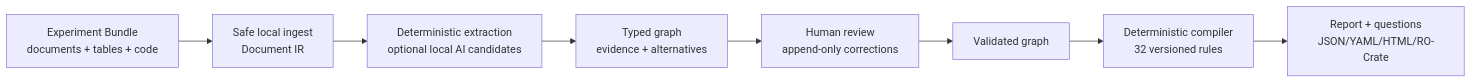
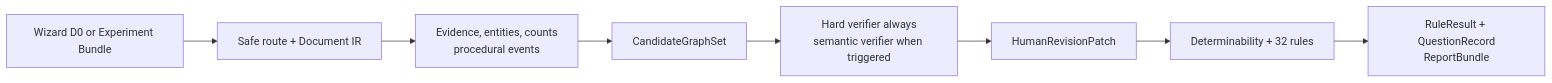
One commit to Massimilianociconte/N-truth changed the diagram in README.md. Above: the diagram before and after it, drawn with Mermaid. The commit also changed other lines of this file and 10 other files, not shown here.

````diff
--- a/README.md
+++ b/README.md
@@ -88,10 +139,10 @@
 ```mermaid
 flowchart LR
-    A["Experiment Bundle<br/>documents + tables + code"] --> B["Safe local ingest<br/>Document IR"]
-    B --> C["Deterministic extraction<br/>optional local AI candidates"]
-    C --> D["Typed graph<br/>evidence + alternatives"]
-    D --> E["Human review<br/>append-only corrections"]
-    E --> F["Validated graph"]
-    F --> G["Deterministic compiler<br/>32 versioned rules"]
-    G --> H["Report + questions<br/>JSON/YAML/HTML/RO-Crate"]
+    A["Wizard D0 or Experiment Bundle"] --> B["Safe route + Document IR"]
+    B --> C["Evidence, entities, counts<br/>procedural events"]
+    C --> D["CandidateGraphSet"]
+    D --> E["Hard verifier always<br/>semantic verifier when triggered"]
+    E --> F["HumanRevisionPatch"]
+    F --> G["Determinability + 32 rules"]
+    G --> H["RuleResult + QuestionRecord<br/>ReportBundle"]
 ```
````
